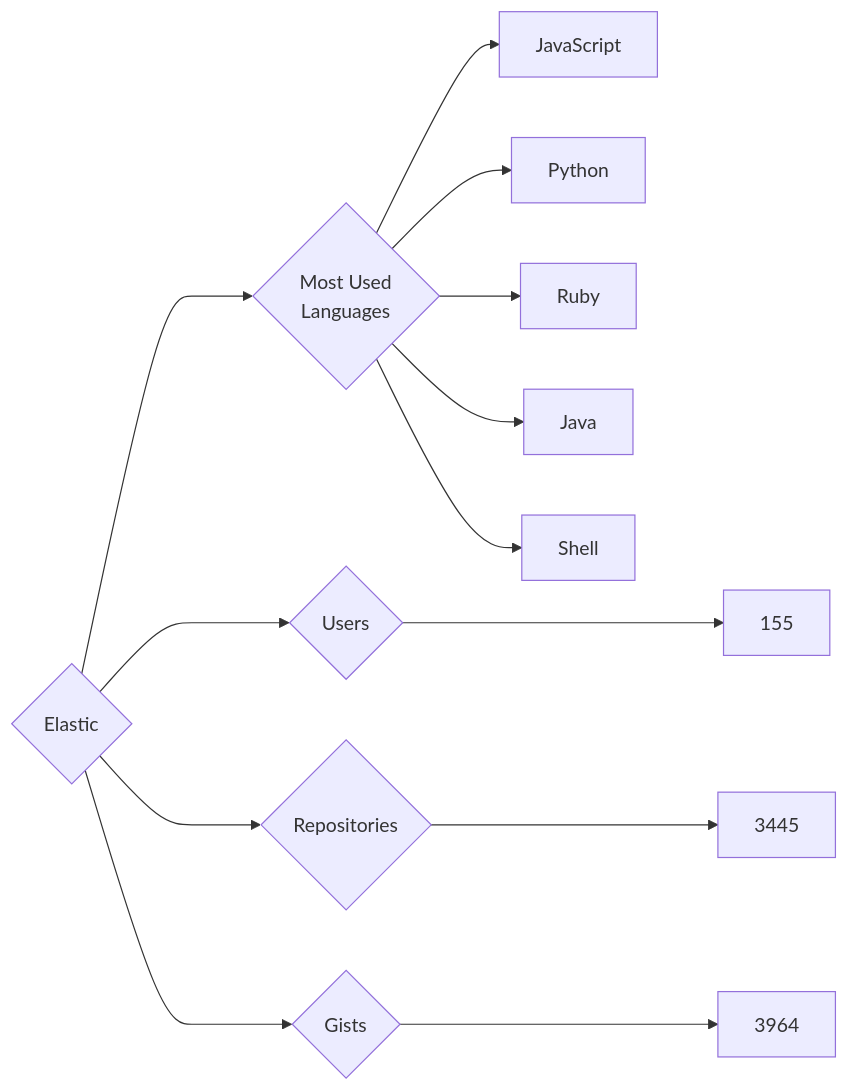
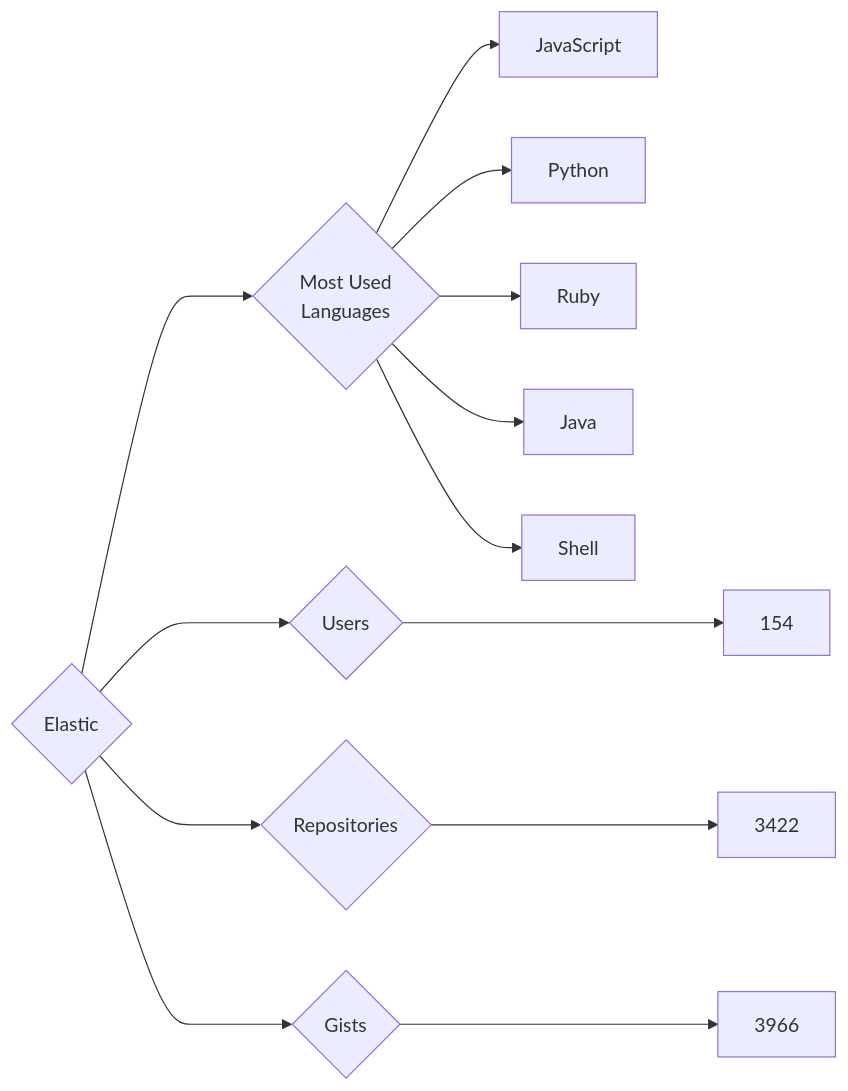
The diagram in targets/Elastic/README.md (trickest/insiders), drawn with Mermaid before and after one commit. The commit also changed 736 other files, not shown here.

````diff
--- a/targets/Elastic/README.md
+++ b/targets/Elastic/README.md
@@ -3,13 +3,13 @@
 ```mermaid
 graph LR
 COMPANY_NAME{Elastic}
-COMPANY_NAME ---> U{Users} ---> UN[155]
-COMPANY_NAME ---> R{Repositories} ---> RN[3445]
-COMPANY_NAME ---> G{Gists} ---> GN[3964]
+COMPANY_NAME ---> U{Users} ---> UN[154]
+COMPANY_NAME ---> R{Repositories} ---> RN[3422]
+COMPANY_NAME ---> G{Gists} ---> GN[3966]
 COMPANY_NAME ---> ML{Most Used<br>Languages}
 ML --> JavaScript[JavaScript]
 ML --> Python[Python]
 ML --> Ruby[Ruby]
 ML --> Java[Java]
 ML --> Shell[Shell]
 ```
````
